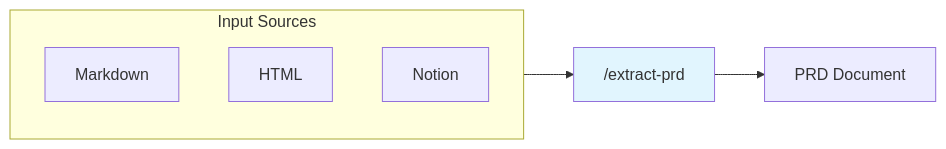
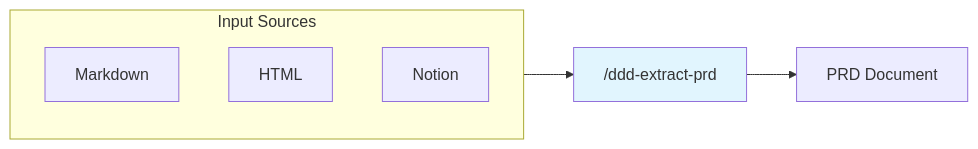
Before and after one commit to jrlangford/ddd-companion: the third of 5 diagrams in README.md, drawn with Mermaid. The commit also changed other lines of this file, not shown here.

````diff
--- a/README.md
+++ b/README.md
@@ -147,16 +147,16 @@
 ```mermaid
 flowchart LR
     subgraph Sources["Input Sources"]
         MD["Markdown"]
         HTML["HTML"]
         NOTION["Notion"]
     end
 
-    EXTRACT["/extract-prd"]
+    EXTRACT["/ddd-extract-prd"]
     PRD["PRD Document"]
 
     Sources --> EXTRACT
     EXTRACT --> PRD
 
     style EXTRACT fill:#e1f5fe
 ```
````
